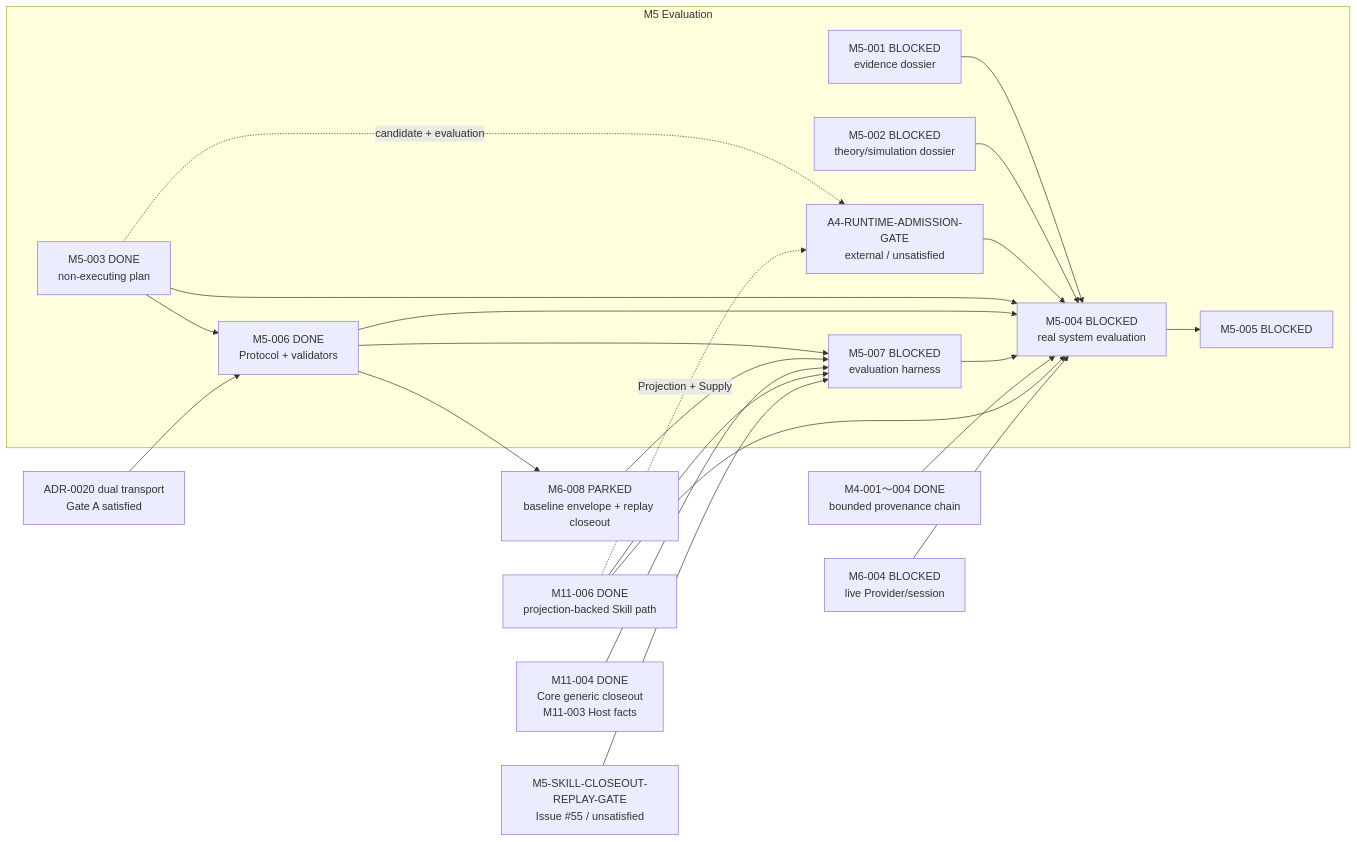
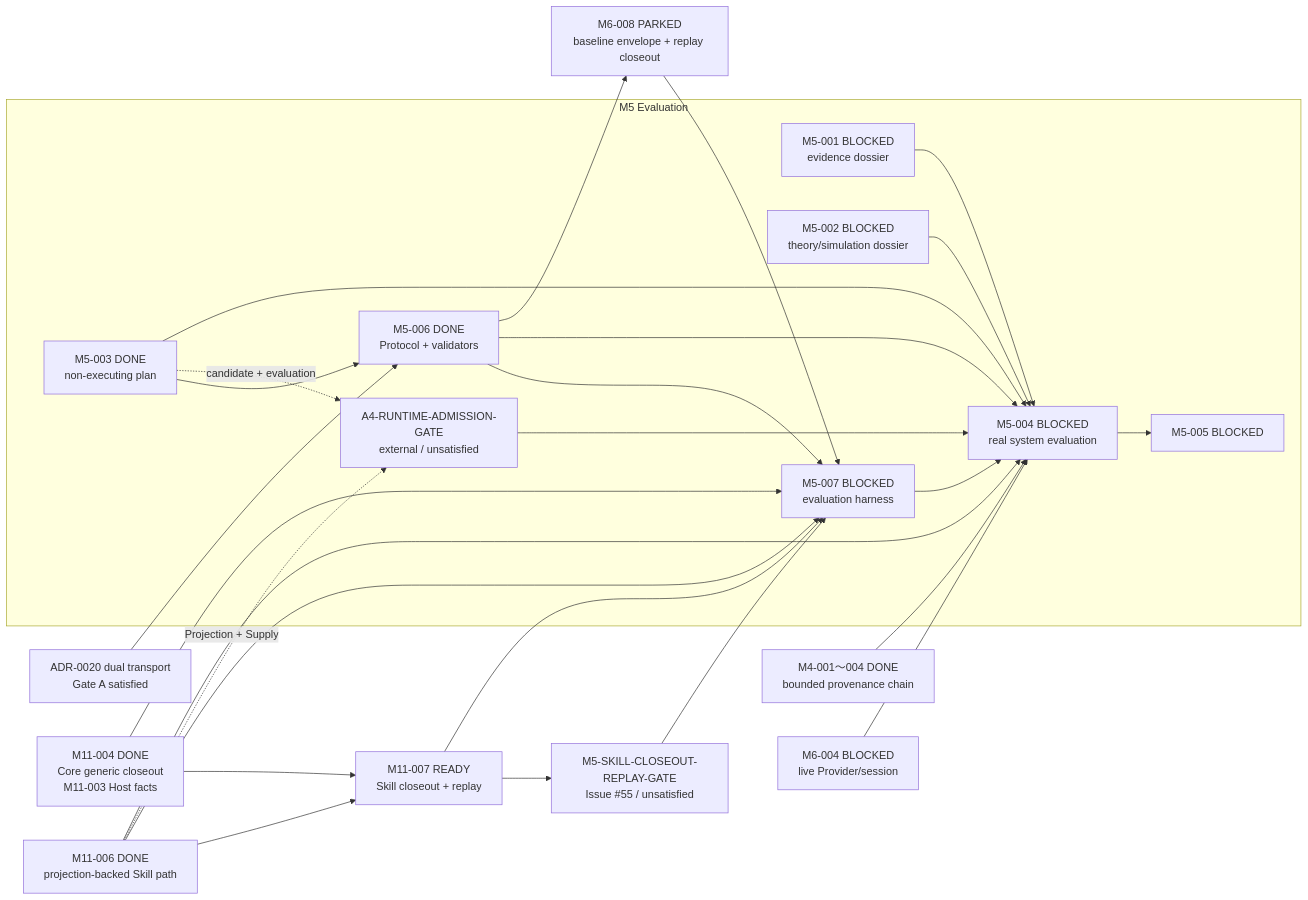
One commit to Chengyue-Lu/research-agent-workbench changed the third of 5 diagrams in docs/M_SERIES_IMPLEMENTATION_MAP.md. Above: the diagram before and after it, drawn with Mermaid. The commit also changed other lines of this file and 19 other files, not shown here.

Commit message:
docs(m11): define Skill closeout replay gate

````diff
--- a/docs/M_SERIES_IMPLEMENTATION_MAP.md
+++ b/docs/M_SERIES_IMPLEMENTATION_MAP.md
@@ -99,26 +99,30 @@
 ```mermaid
 flowchart LR
     subgraph M5["M5 Evaluation"]
         M5001["M5-001 BLOCKED<br/>evidence dossier"] --> M5004["M5-004 BLOCKED<br/>real system evaluation"]
         M5002["M5-002 BLOCKED<br/>theory/simulation dossier"] --> M5004
         M5003["M5-003 DONE<br/>non-executing plan"] --> M5006["M5-006 DONE<br/>Protocol + validators"]
         M5006 --> M5007["M5-007 BLOCKED<br/>evaluation harness"]
         M5003 -. "candidate + evaluation" .-> A4G["A4-RUNTIME-ADMISSION-GATE<br/>external / unsatisfied"]
         A4G --> M5004
         M5003 --> M5004
         M5006 --> M5004
         M5007 --> M5004
         M5004 --> M5005["M5-005 BLOCKED"]
     end
 
     M4Done["M4-001～004 DONE<br/>bounded provenance chain"] --> M5004
     BTG["ADR-0020 dual transport<br/>Gate A satisfied"] --> M5006
     M5006 --> M6008["M6-008 PARKED<br/>baseline envelope + replay closeout"]
     M6008 --> M5007
     M1104["M11-004 DONE<br/>Core generic closeout<br/>M11-003 Host facts"] --> M5007
     M1106["M11-006 DONE<br/>projection-backed Skill path"] --> M5007
+    M1104 --> M1107["M11-007 READY<br/>Skill closeout + replay"]
+    M1106 --> M1107
+    M1107 --> M5007
+    M1107 --> SCG
     SCG["M5-SKILL-CLOSEOUT-REPLAY-GATE<br/>Issue #55 / unsatisfied"] --> M5007
     M1106 -. "Projection + Supply" .-> A4G
     M1106 --> M5004
     M6004["M6-004 BLOCKED<br/>live Provider/session"] --> M5004
 ```
````
